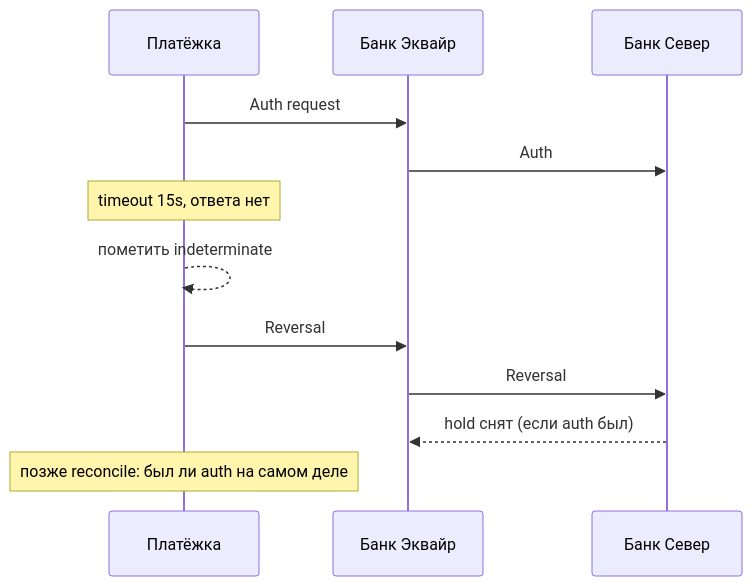
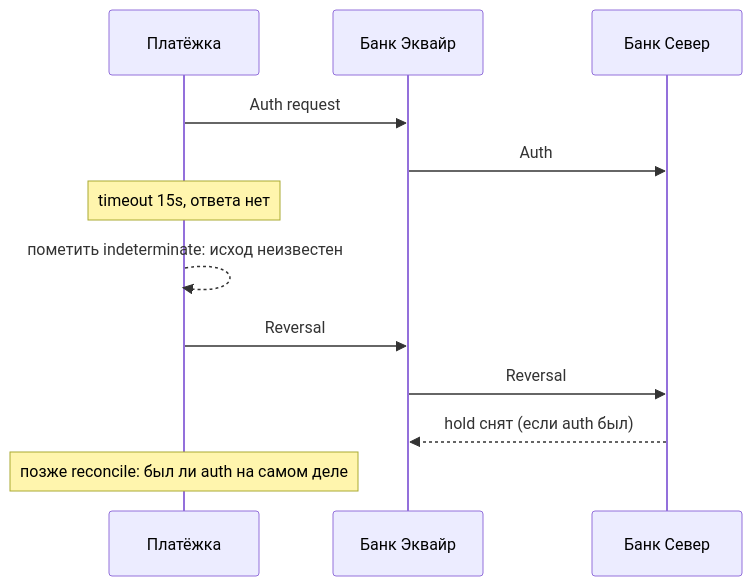
The fourth of 5 diagrams in chapters/06-payment-lifecycle.md (avin/payments-domain-guide), drawn with Mermaid before and after one commit. The commit also changed other lines of this file and 29 other files, not shown here.

````diff
--- a/chapters/06-payment-lifecycle.md
+++ b/chapters/06-payment-lifecycle.md
@@ -490,15 +492,15 @@
 ```mermaid
 sequenceDiagram
     participant PSP as Платёжка
     participant Acq as Банк Эквайр
     participant Iss as Банк Север
 
     PSP->>Acq: Auth request
     Acq->>Iss: Auth
     Note over PSP: timeout 15s, ответа нет
-    PSP-->>PSP: пометить indeterminate
+    PSP-->>PSP: пометить indeterminate: исход неизвестен
     PSP->>Acq: Reversal
     Acq->>Iss: Reversal
     Iss-->>Acq: hold снят (если auth был)
     Note over PSP: позже reconcile: был ли auth на самом деле
 ```
````
